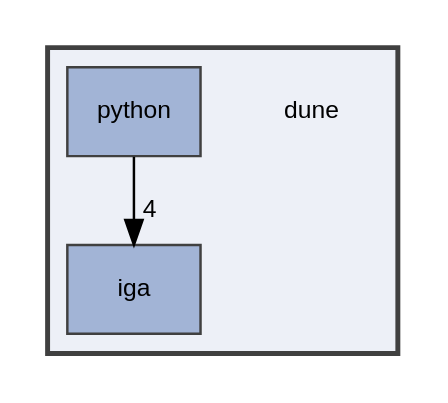
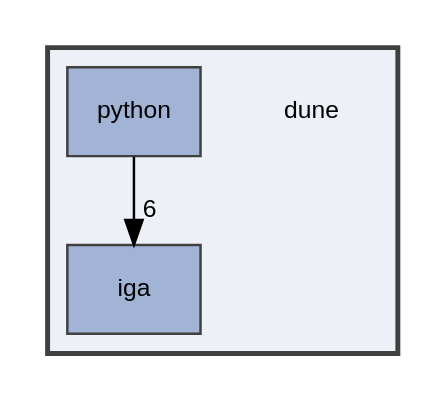
The diagram in dir_5e69be5995c9f5d42bf491ae6f29600e_dep.dot (rath3t/dune-iga-doc), drawn with Graphviz before and after one commit. The commit also changed 1617 other files, not shown here.

```diff
--- a/dir_5e69be5995c9f5d42bf491ae6f29600e_dep.dot
+++ b/dir_5e69be5995c9f5d42bf491ae6f29600e_dep.dot
@@ -1,14 +1,14 @@
 digraph "dune"
 {
  // LATEX_PDF_SIZE
   edge [fontname="Helvetica",fontsize="10",labelfontname="Helvetica",labelfontsize="10"];
   node [fontname="Helvetica",fontsize="10",shape=record];
   compound=true
   subgraph clusterdir_5e69be5995c9f5d42bf491ae6f29600e {
     graph [ bgcolor="#edf0f7", pencolor="grey25", style="filled,bold,", label="", fontname="Helvetica", fontsize="10", URL="dir_5e69be5995c9f5d42bf491ae6f29600e.html"]
     dir_5e69be5995c9f5d42bf491ae6f29600e [shape=plaintext, label="dune"];
   dir_d2a3c23294a1b1015b1b8e8721ddded8 [shape=box, label="iga", style="filled,", fillcolor="#a2b4d6", color="grey25", URL="dir_d2a3c23294a1b1015b1b8e8721ddded8.html"];
   dir_e42d0074801678c644b0e137d50ef233 [shape=box, label="python", style="filled,", fillcolor="#a2b4d6", color="grey25", URL="dir_e42d0074801678c644b0e137d50ef233.html"];
   }
-  dir_e42d0074801678c644b0e137d50ef233->dir_d2a3c23294a1b1015b1b8e8721ddded8 [headlabel="4", labeldistance=1.5 headhref="dir_000014_000009.html"];
+  dir_e42d0074801678c644b0e137d50ef233->dir_d2a3c23294a1b1015b1b8e8721ddded8 [headlabel="6", labeldistance=1.5 headhref="dir_000014_000009.html"];
 }
```
